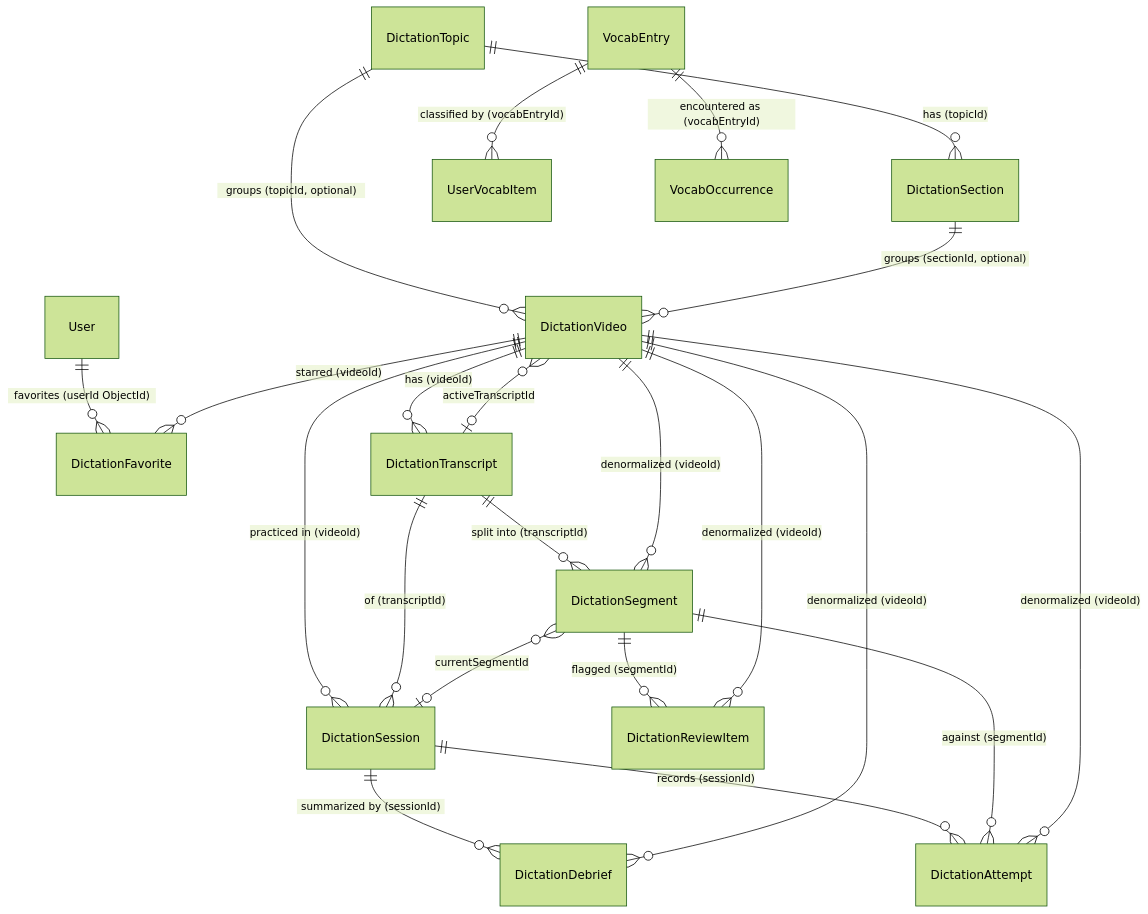
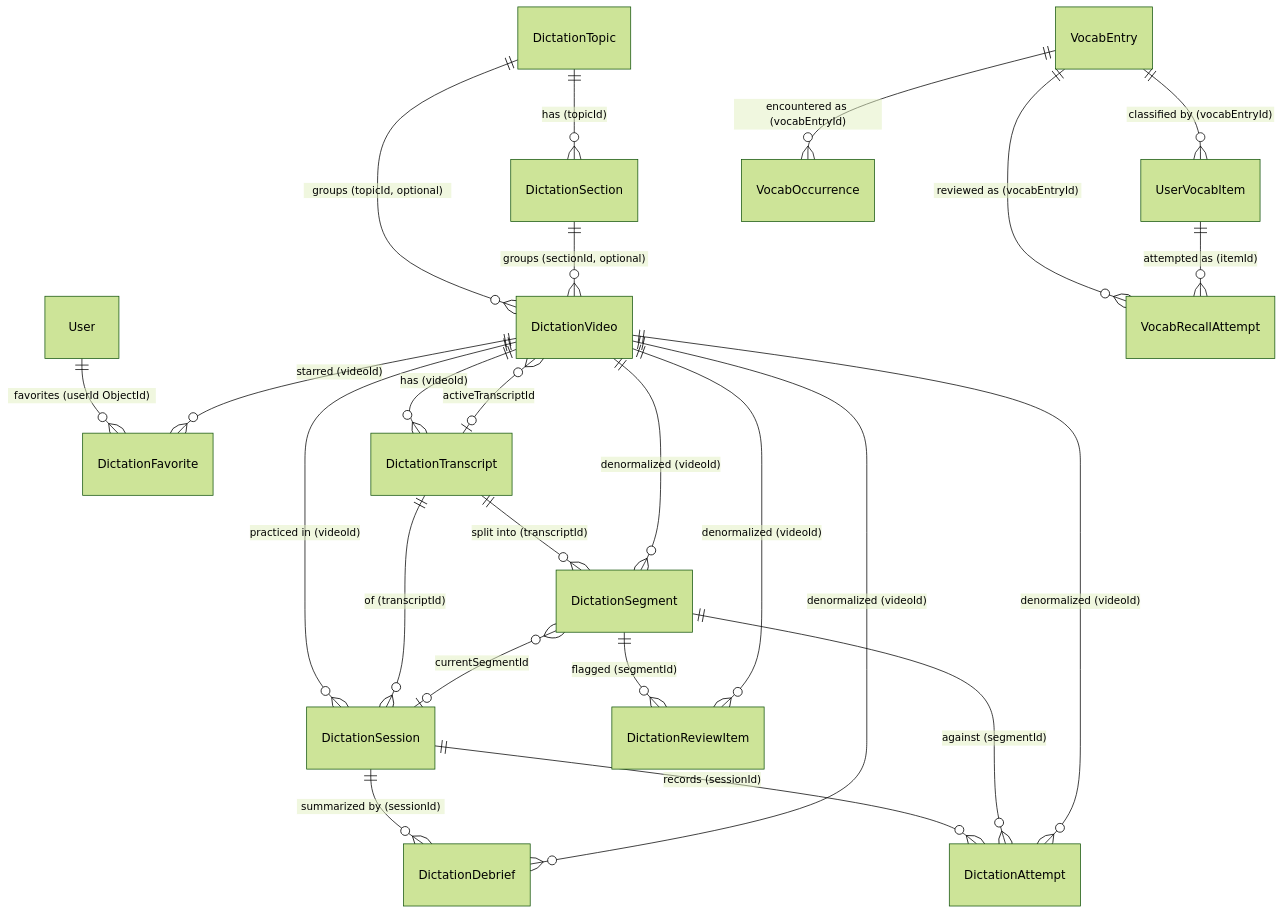
The diagram in docs/03-data-model.md (NaKMiers/English_For_Only_Me), drawn with Mermaid (forest theme) before and after one commit. The commit also changed other lines of this file and 36 other files, not shown here.

````diff
--- a/docs/03-data-model.md
+++ b/docs/03-data-model.md
@@ -56,32 +57,34 @@
 ```mermaid
 erDiagram
     User ||--o{ DictationFavorite : "favorites (userId ObjectId)"
 
     DictationTopic ||--o{ DictationSection : "has (topicId)"
     DictationTopic ||--o{ DictationVideo : "groups (topicId, optional)"
     DictationSection ||--o{ DictationVideo : "groups (sectionId, optional)"
 
     DictationVideo ||--o{ DictationTranscript : "has (videoId)"
     DictationVideo }o--o| DictationTranscript : "activeTranscriptId"
     DictationTranscript ||--o{ DictationSegment : "split into (transcriptId)"
     DictationVideo ||--o{ DictationSegment : "denormalized (videoId)"
 
     DictationVideo ||--o{ DictationSession : "practiced in (videoId)"
     DictationTranscript ||--o{ DictationSession : "of (transcriptId)"
     DictationSegment }o--o| DictationSession : "currentSegmentId"
 
     DictationSession ||--o{ DictationAttempt : "records (sessionId)"
     DictationSegment ||--o{ DictationAttempt : "against (segmentId)"
     DictationVideo ||--o{ DictationAttempt : "denormalized (videoId)"
 
     DictationSegment ||--o{ DictationReviewItem : "flagged (segmentId)"
     DictationVideo ||--o{ DictationReviewItem : "denormalized (videoId)"
 
     DictationSession ||--o{ DictationDebrief : "summarized by (sessionId)"
     DictationVideo ||--o{ DictationDebrief : "denormalized (videoId)"
 
     DictationVideo ||--o{ DictationFavorite : "starred (videoId)"
 
     VocabEntry ||--o{ UserVocabItem : "classified by (vocabEntryId)"
     VocabEntry ||--o{ VocabOccurrence : "encountered as (vocabEntryId)"
+    VocabEntry ||--o{ VocabRecallAttempt : "reviewed as (vocabEntryId)"
+    UserVocabItem ||--o{ VocabRecallAttempt : "attempted as (itemId)"
 ```
````
